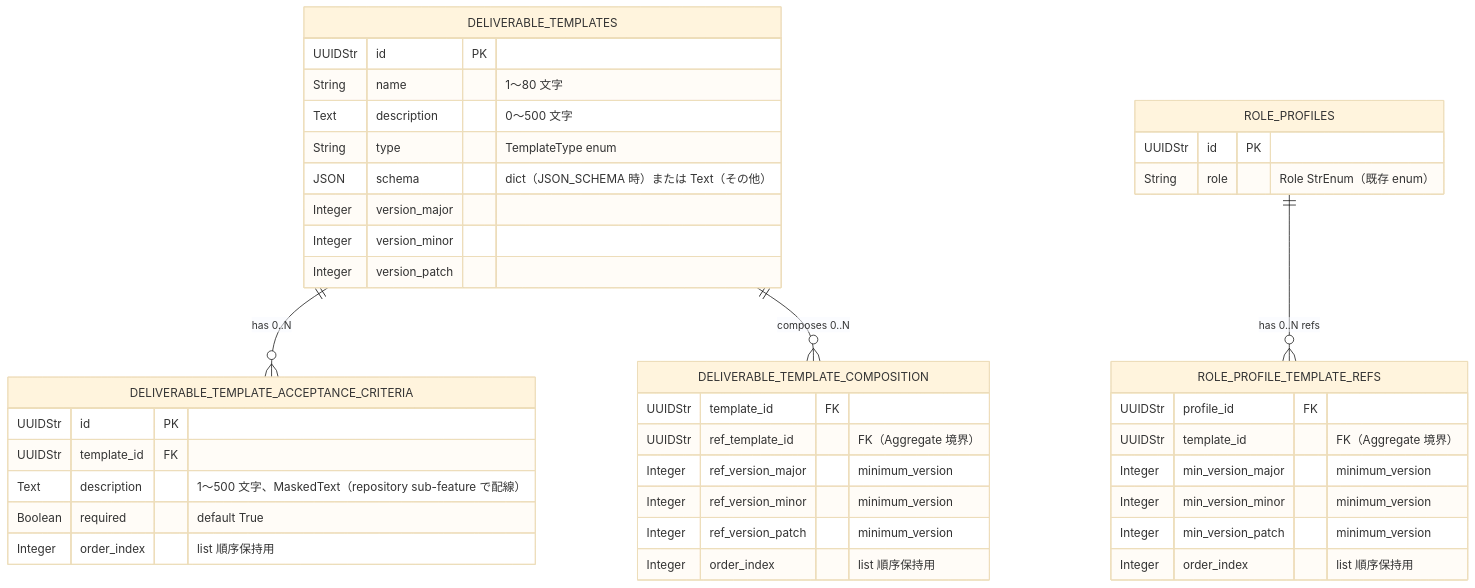
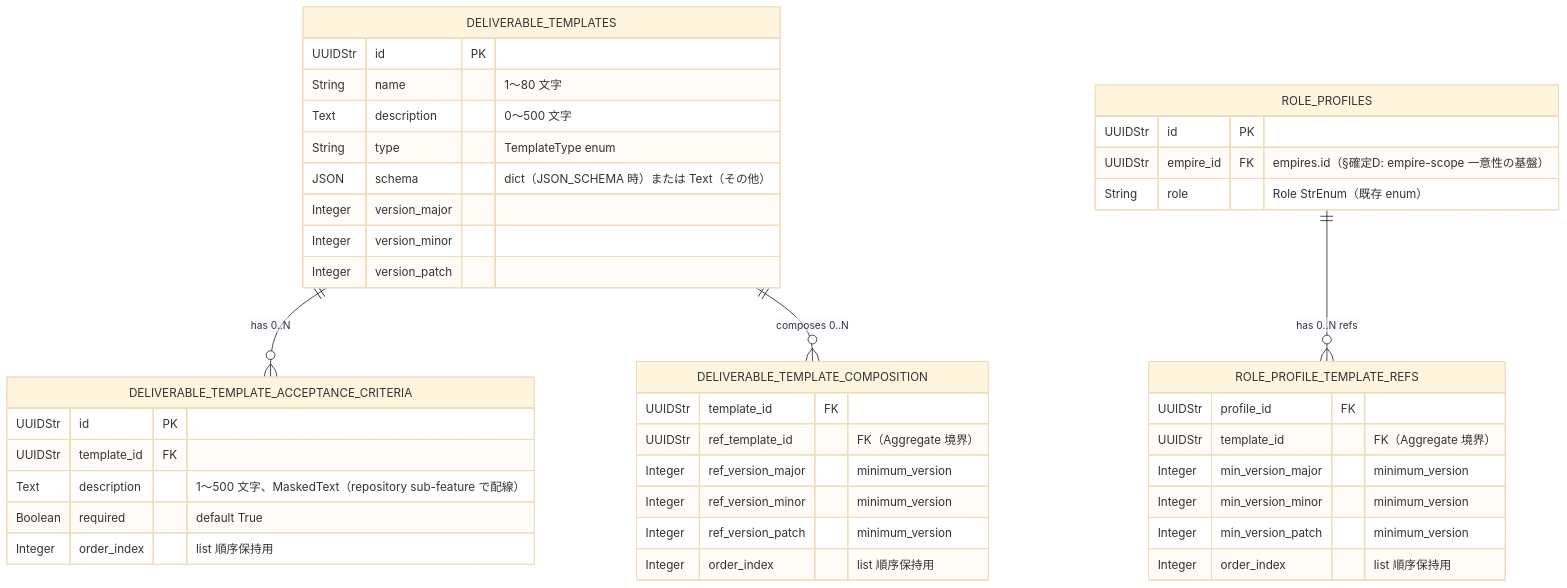
Before and after one commit to bakufu-dev/bakufu: the third of 3 diagrams in docs/features/deliverable-template/domain/basic-design.md, drawn with Mermaid (base theme). The commit also changed other lines of this file and 3 other files, not shown here.

````diff
--- a/docs/features/deliverable-template/domain/basic-design.md
+++ b/docs/features/deliverable-template/domain/basic-design.md
@@ -356,43 +355,45 @@
 ```mermaid
 erDiagram
     DELIVERABLE_TEMPLATES {
         UUIDStr id PK
         String name "1〜80 文字"
         Text description "0〜500 文字"
         String type "TemplateType enum"
         JSON schema "dict（JSON_SCHEMA 時）または Text（その他）"
         Integer version_major
         Integer version_minor
         Integer version_patch
     }
     DELIVERABLE_TEMPLATE_ACCEPTANCE_CRITERIA {
         UUIDStr id PK
         UUIDStr template_id FK
         Text description "1〜500 文字、MaskedText（repository sub-feature で配線）"
         Boolean required "default True"
         Integer order_index "list 順序保持用"
     }
     DELIVERABLE_TEMPLATE_COMPOSITION {
         UUIDStr template_id FK
         UUIDStr ref_template_id "FK（Aggregate 境界）"
         Integer ref_version_major "minimum_version"
         Integer ref_version_minor "minimum_version"
         Integer ref_version_patch "minimum_version"
         Integer order_index "list 順序保持用"
     }
     ROLE_PROFILES {
         UUIDStr id PK
+        UUIDStr empire_id FK "empires.id（§確定D: empire-scope 一意性の基盤）"
         String role "Role StrEnum（既存 enum）"
+        %% UNIQUE(empire_id, role) — repository sub-feature で DB 一意制約として実装（§確定D）
     }
     ROLE_PROFILE_TEMPLATE_REFS {
         UUIDStr profile_id FK
         UUIDStr template_id "FK（Aggregate 境界）"
         Integer min_version_major "minimum_version"
         Integer min_version_minor "minimum_version"
         Integer min_version_patch "minimum_version"
         Integer order_index "list 順序保持用"
     }
     DELIVERABLE_TEMPLATES ||--o{ DELIVERABLE_TEMPLATE_ACCEPTANCE_CRITERIA : "has 0..N"
     DELIVERABLE_TEMPLATES ||--o{ DELIVERABLE_TEMPLATE_COMPOSITION : "composes 0..N"
     ROLE_PROFILES ||--o{ ROLE_PROFILE_TEMPLATE_REFS : "has 0..N refs"
 ```
````
